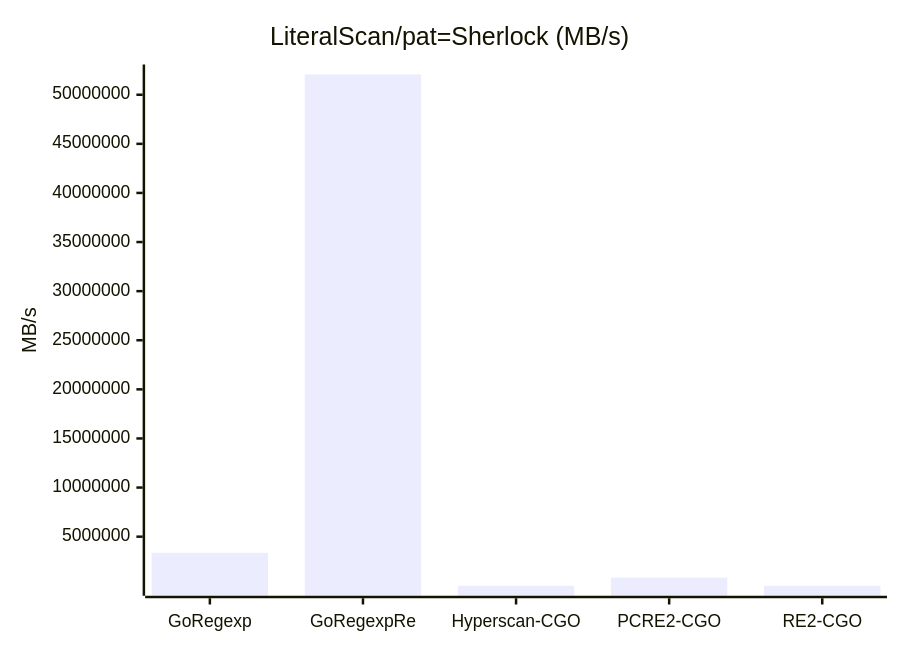
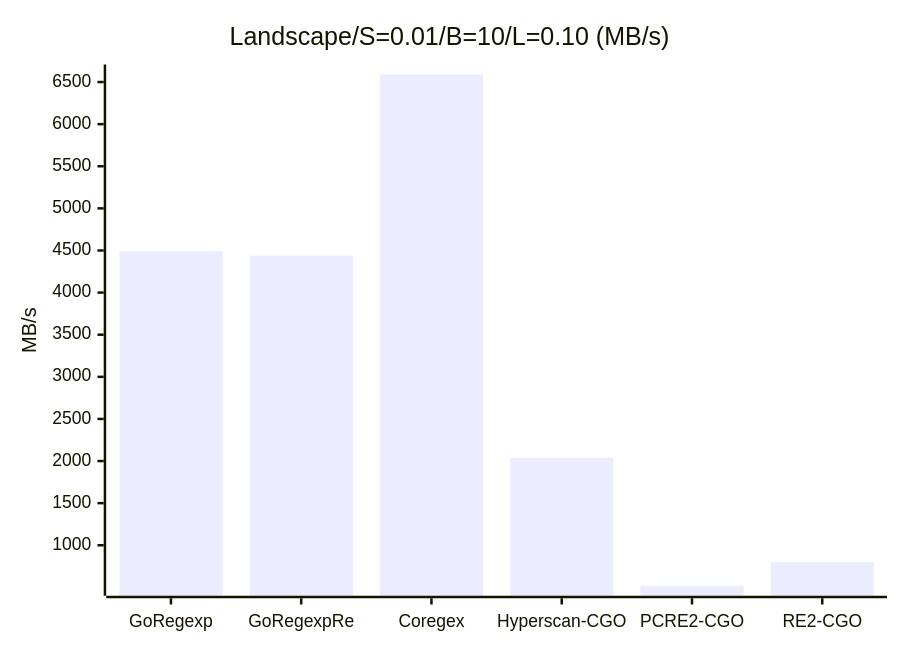
The tenth of 47 diagrams in _benchmark_results/cgo_engines.md (kamichidu/go-regexp-re), drawn with Mermaid before and after one commit. The commit also changed other lines of this file and 3 other files, not shown here.

````diff
--- a/_benchmark_results/cgo_engines.md
+++ b/_benchmark_results/cgo_engines.md
@@ -135,7 +187,7 @@
 ```mermaid
 xychart-beta
-    title "LiteralScan/pat=Sherlock (MB/s)"
-    x-axis ["GoRegexp", "GoRegexpRe", "Hyperscan-CGO", "PCRE2-CGO", "RE2-CGO"]
+    title "Landscape/S=0.01/B=10/L=0.10 (MB/s)"
+    x-axis ["GoRegexp", "GoRegexpRe", "Coregex", "Hyperscan-CGO", "PCRE2-CGO", "RE2-CGO"]
     y-axis "MB/s"
-    bar [3366579.63, 52060191.31, 1993.90, 826419.82, 5658.76]
+    bar [4489.23, 4440.59, 6589.39, 2036.17, 519.44, 797.43]
 ```
````
